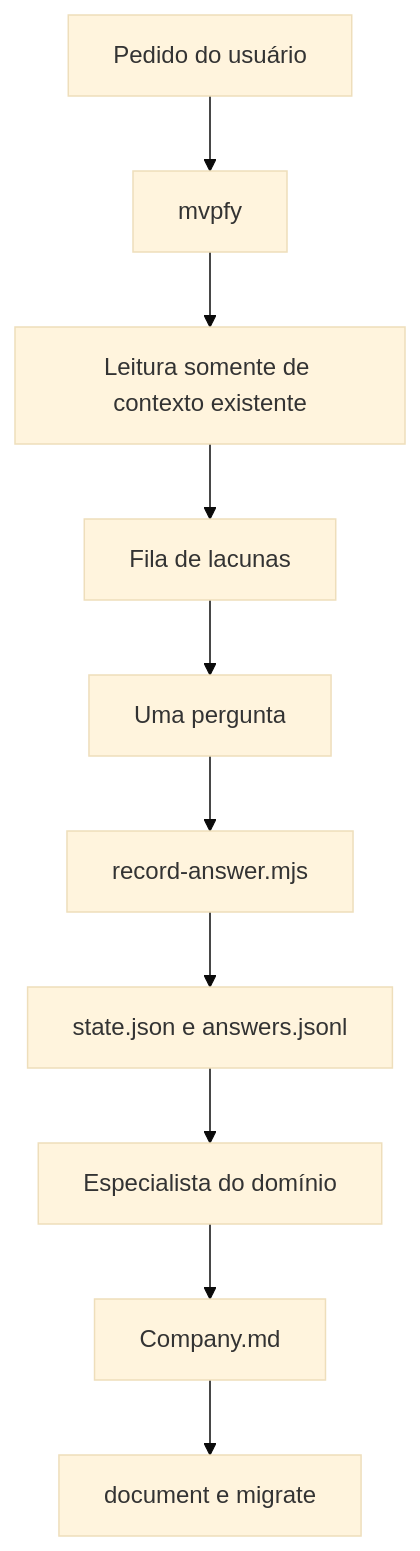
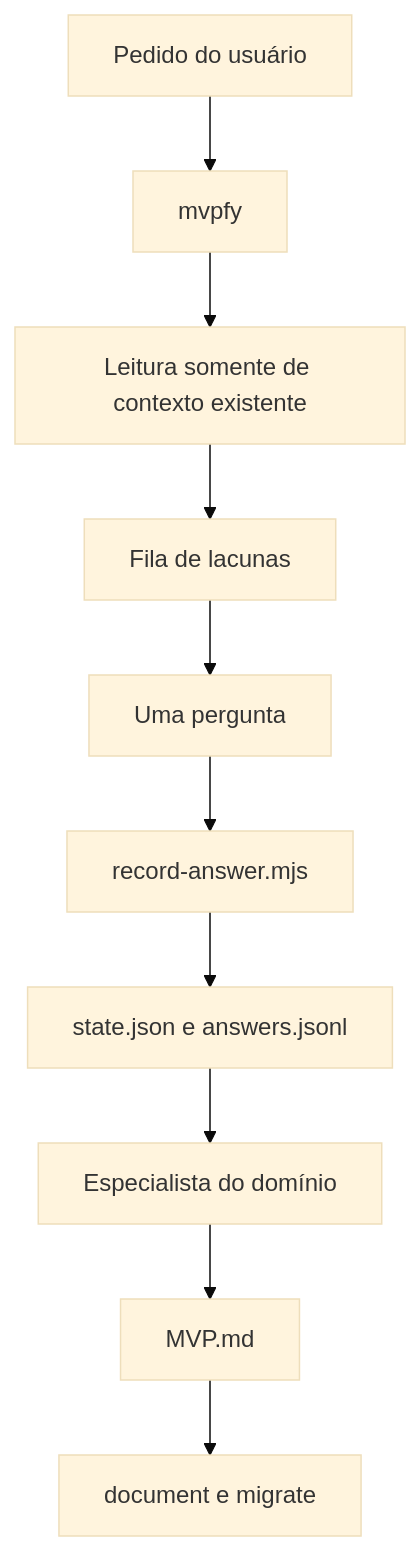
Before and after one commit to promovaweb/mvpfy: the diagram in docs/develop/arquitetura.md, drawn with Mermaid (base theme). The commit also changed other lines of this file and 65 other files, not shown here.

````diff
--- a/docs/develop/arquitetura.md
+++ b/docs/develop/arquitetura.md
@@ -9,12 +9,12 @@
 ```mermaid
 flowchart TD
     A[Pedido do usuário] --> B[mvpfy]
     B --> C[Leitura somente de contexto existente]
     C --> D[Fila de lacunas]
     D --> E[Uma pergunta]
     E --> F[record-answer.mjs]
     F --> G[state.json e answers.jsonl]
     G --> H[Especialista do domínio]
-    H --> I[Company.md]
+    H --> I[MVP.md]
     I --> J[document e migrate]
 ```
````
